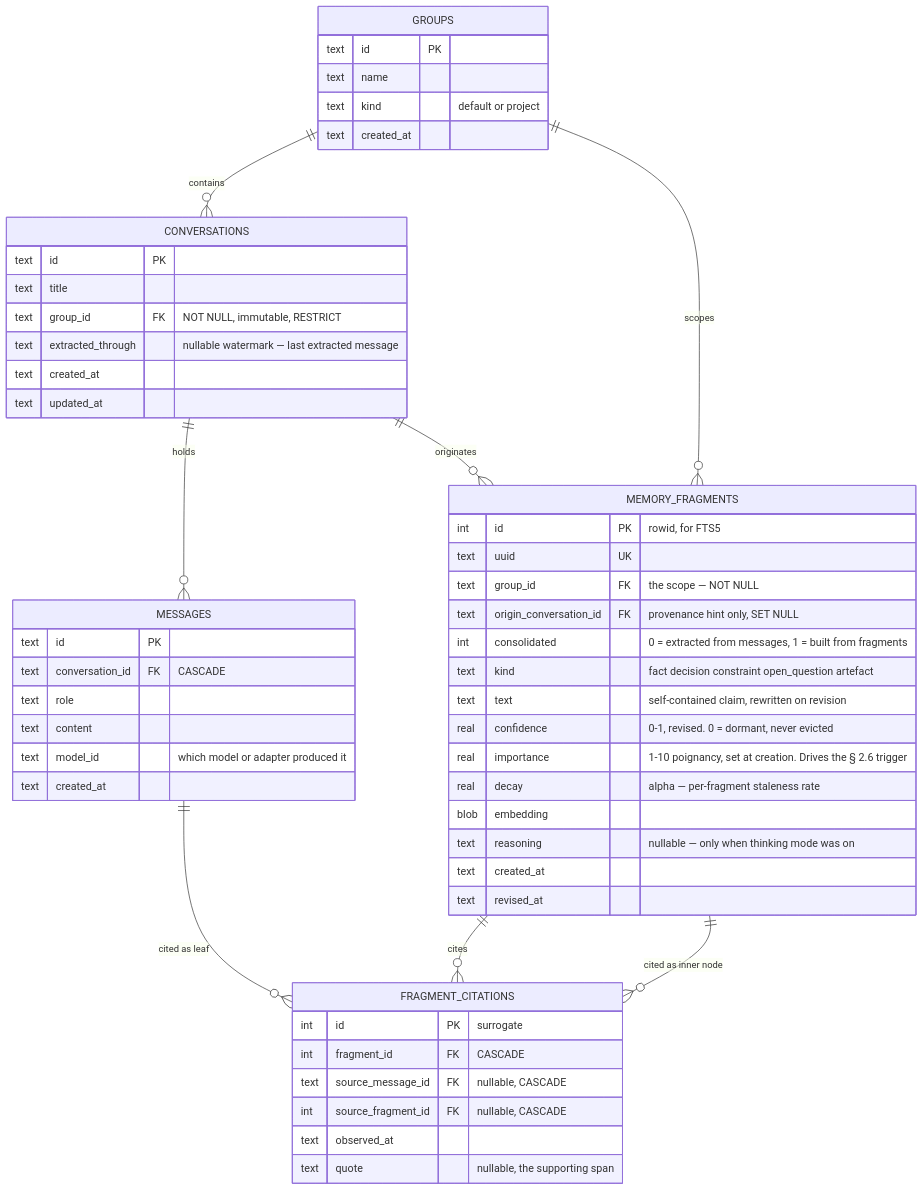
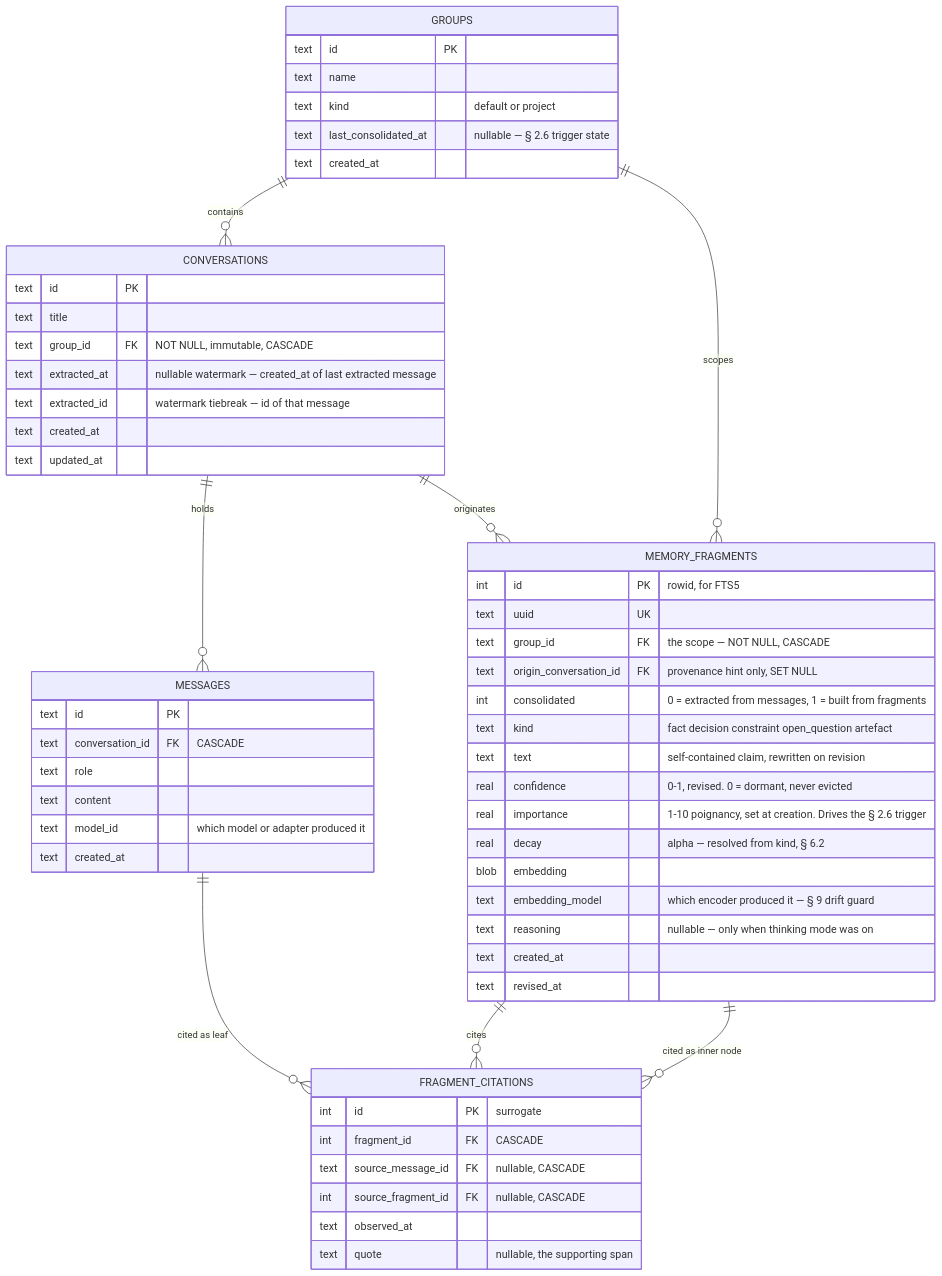
One commit to Alorcus/agent_project changed the first of 12 diagrams in docs/plans/memory-and-groups.md. Above: the diagram before and after it, drawn with Mermaid. The commit also changed other lines of this file, not shown here.

````diff
--- a/docs/plans/memory-and-groups.md
+++ b/docs/plans/memory-and-groups.md
@@ -57,57 +57,60 @@
 ```mermaid
 erDiagram
     GROUPS ||--o{ CONVERSATIONS : contains
     CONVERSATIONS ||--o{ MESSAGES : holds
     CONVERSATIONS ||--o{ MEMORY_FRAGMENTS : originates
     GROUPS ||--o{ MEMORY_FRAGMENTS : scopes
     MEMORY_FRAGMENTS ||--o{ FRAGMENT_CITATIONS : cites
     MESSAGES ||--o{ FRAGMENT_CITATIONS : "cited as leaf"
     MEMORY_FRAGMENTS ||--o{ FRAGMENT_CITATIONS : "cited as inner node"
 
     GROUPS {
         text id PK
         text name
         text kind "default or project"
+        text last_consolidated_at "nullable — § 2.6 trigger state"
         text created_at
     }
     CONVERSATIONS {
         text id PK
         text title
-        text group_id FK "NOT NULL, immutable, RESTRICT"
-        text extracted_through "nullable watermark — last extracted message"
+        text group_id FK "NOT NULL, immutable, CASCADE"
+        text extracted_at "nullable watermark — created_at of last extracted message"
+        text extracted_id "watermark tiebreak — id of that message"
         text created_at
         text updated_at
     }
     MESSAGES {
         text id PK
         text conversation_id FK "CASCADE"
         text role
         text content
         text model_id "which model or adapter produced it"
         text created_at
     }
     MEMORY_FRAGMENTS {
         int id PK "rowid, for FTS5"
         text uuid UK
-        text group_id FK "the scope — NOT NULL"
+        text group_id FK "the scope — NOT NULL, CASCADE"
         text origin_conversation_id FK "provenance hint only, SET NULL"
         int consolidated "0 = extracted from messages, 1 = built from fragments"
         text kind "fact decision constraint open_question artefact"
         text text "self-contained claim, rewritten on revision"
         real confidence "0-1, revised. 0 = dormant, never evicted"
         real importance "1-10 poignancy, set at creation. Drives the § 2.6 trigger"
-        real decay "alpha — per-fragment staleness rate"
+        real decay "alpha — resolved from kind, § 6.2"
         blob embedding
+        text embedding_model "which encoder produced it — § 9 drift guard"
         text reasoning "nullable — only when thinking mode was on"
         text created_at
         text revised_at
     }
     FRAGMENT_CITATIONS {
         int id PK "surrogate"
         int fragment_id FK "CASCADE"
         text source_message_id FK "nullable, CASCADE"
         int source_fragment_id FK "nullable, CASCADE"
         text observed_at
         text quote "nullable, the supporting span"
     }
 ```
````
